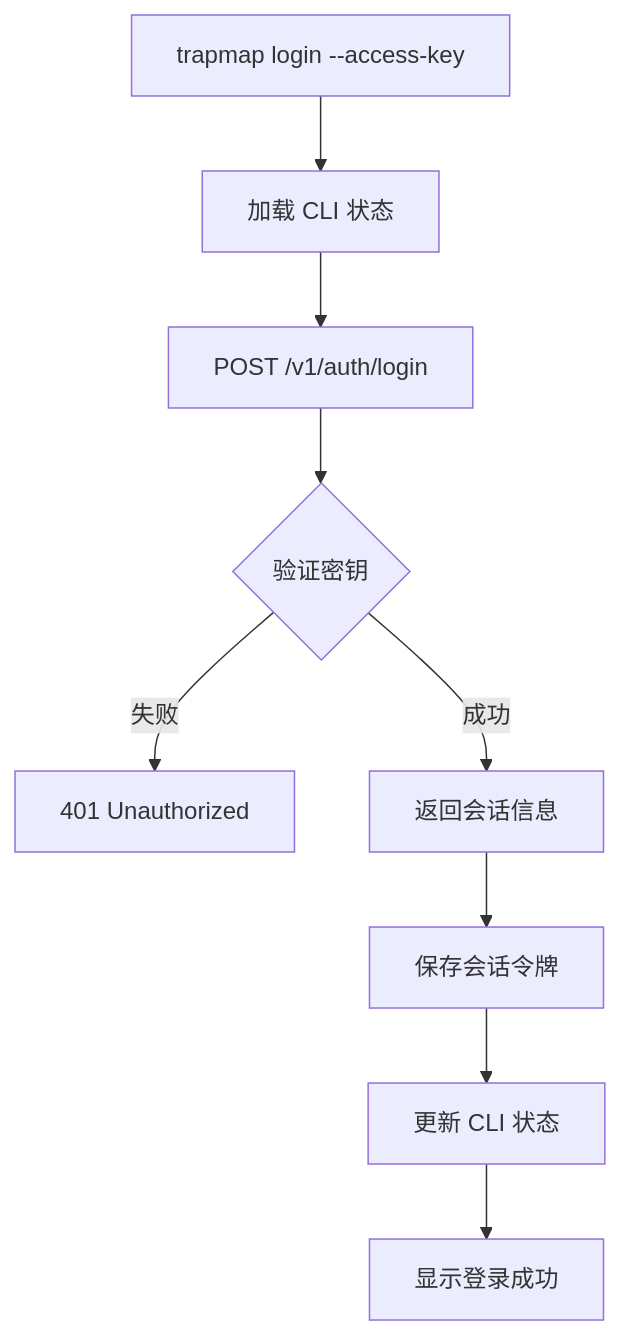
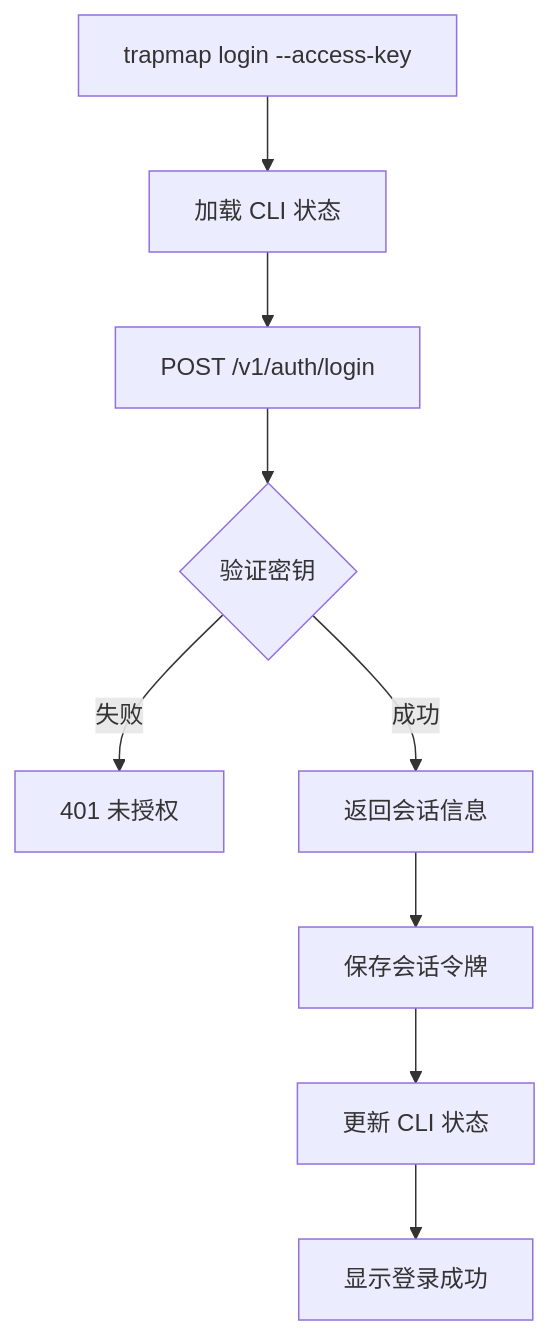
One commit to pofossette/TrapMap-for-vibing changed the third of 5 diagrams in docs/architecture/components/CLIENT.md. Above: the diagram before and after it, drawn with Mermaid. The commit also changed 11 other files, not shown here.

First line of the commit message:
docs: 转换 ASCII 框图为 Mermaid flowchart tb + subgraph，翻译已有 Mermaid 图表为简体中文

````diff
--- a/docs/architecture/components/CLIENT.md
+++ b/docs/architecture/components/CLIENT.md
@@ -370,11 +370,11 @@
 ```mermaid
 flowchart TD
     A[trapmap login --access-key <key>] --> B[加载 CLI 状态]
     B --> C[POST /v1/auth/login]
     C --> D{验证密钥}
-    D -->|失败| E[401 Unauthorized]
+    D -->|失败| E[401 未授权]
     D -->|成功| F[返回会话信息]
     F --> G[保存会话令牌]
     G --> H[更新 CLI 状态]
     H --> I[显示登录成功]
 ```
````
